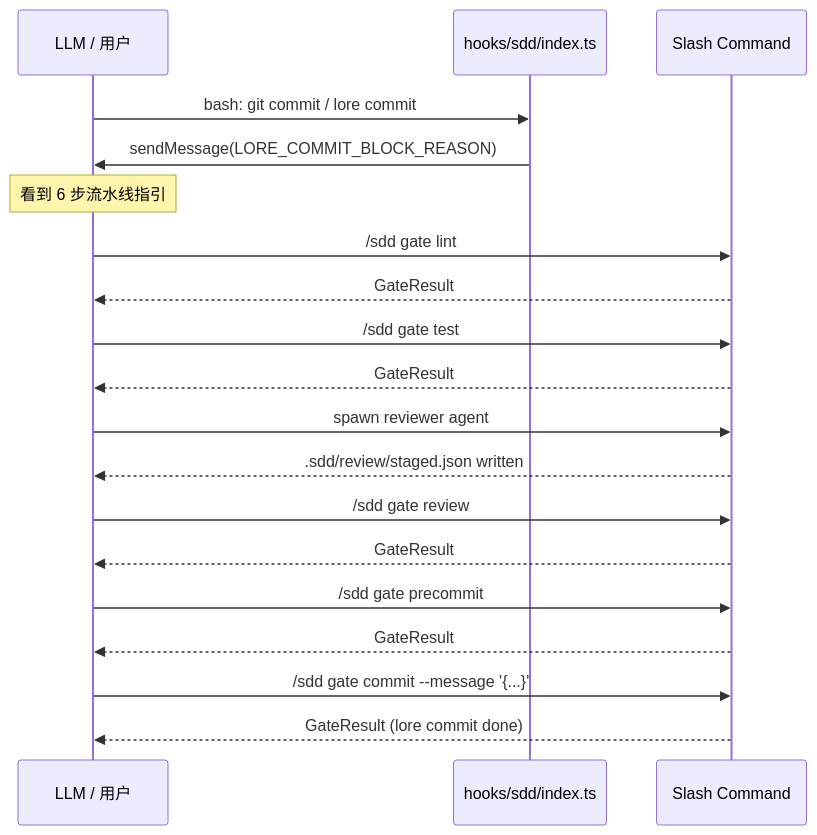
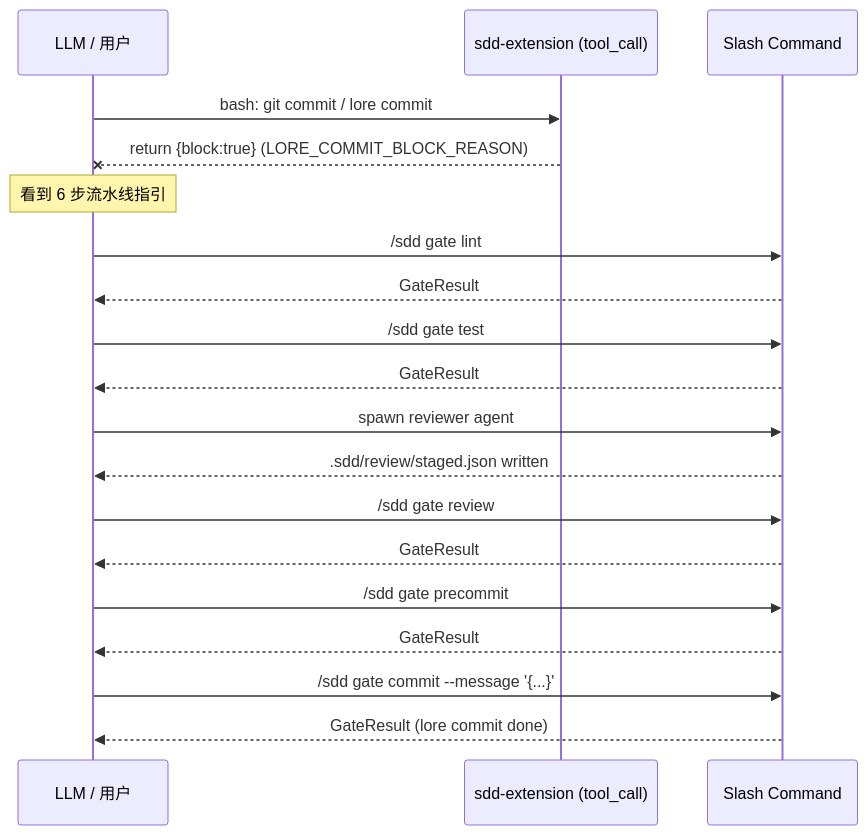
One commit to Norman-pong/sdd-pack changed the second of 2 diagrams in docs/architecture/sdd-gate.md. Above: the diagram before and after it, drawn with Mermaid. The commit also changed other lines of this file and 25 other files, not shown here.

````diff
--- a/docs/architecture/sdd-gate.md
+++ b/docs/architecture/sdd-gate.md
@@ -196,22 +196,22 @@
 ```mermaid
 sequenceDiagram
     participant LLM as LLM / 用户
-    participant Hook as hooks/sdd/index.ts
+    participant Ext as sdd-extension (tool_call)
     participant SC as Slash Command
 
-    LLM->>Hook: bash: git commit / lore commit
-    Hook->>LLM: sendMessage(LORE_COMMIT_BLOCK_REASON)
+    LLM->>Ext: bash: git commit / lore commit
+    Ext--xLLM: return {block:true} (LORE_COMMIT_BLOCK_REASON)
     Note over LLM: 看到 6 步流水线指引
     LLM->>SC: /sdd gate lint
     SC-->>LLM: GateResult
     LLM->>SC: /sdd gate test
     SC-->>LLM: GateResult
     LLM->>SC: spawn reviewer agent
     SC-->>LLM: .sdd/review/staged.json written
     LLM->>SC: /sdd gate review
     SC-->>LLM: GateResult
     LLM->>SC: /sdd gate precommit
     SC-->>LLM: GateResult
     LLM->>SC: /sdd gate commit --message '{...}'
     SC-->>LLM: GateResult (lore commit done)
 ```
````
